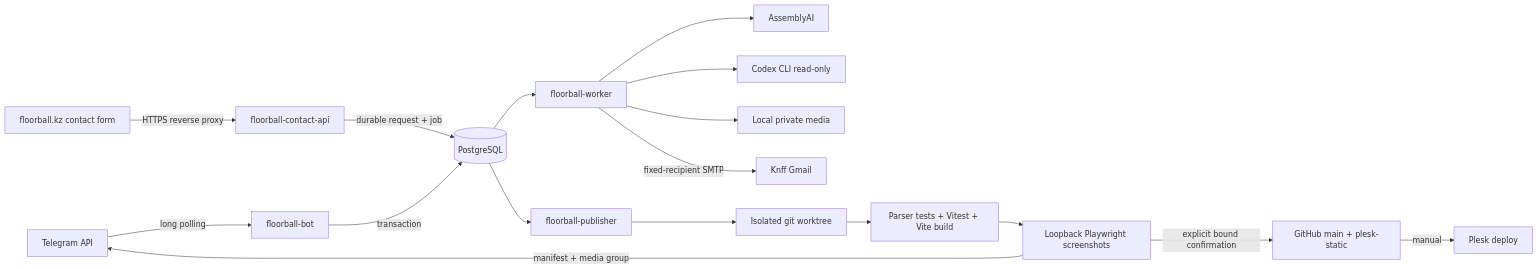
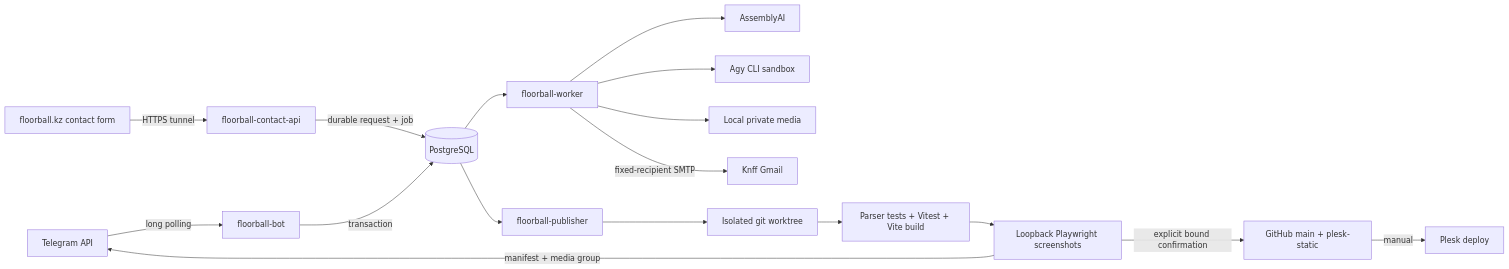
The diagram in docs/ARCHITECTURE.md (mrMoses2000/floorball-content-bot), drawn with Mermaid before and after one commit. The commit also changed other lines of this file and 20 other files, not shown here.

````diff
--- a/docs/ARCHITECTURE.md
+++ b/docs/ARCHITECTURE.md
@@ -13,19 +13,19 @@
 ```mermaid
 flowchart LR
   TG[Telegram API] -->|long polling| BOT[floorball-bot]
-  SITE[floorball.kz contact form] -->|HTTPS reverse proxy| CONTACT[floorball-contact-api]
+  SITE[floorball.kz contact form] -->|HTTPS tunnel| CONTACT[floorball-contact-api]
   CONTACT -->|durable request + job| PG
   BOT -->|transaction| PG[(PostgreSQL)]
   PG --> WORKER[floorball-worker]
   WORKER --> AAI[AssemblyAI]
-  WORKER --> CODEX[Codex CLI read-only]
+  WORKER --> AGY[Agy CLI sandbox]
   WORKER --> MEDIA[Local private media]
   WORKER -->|fixed-recipient SMTP| MAIL[Knff Gmail]
   PG --> PUB[floorball-publisher]
   PUB --> WT[Isolated git worktree]
   WT --> TESTS[Parser tests + Vitest + Vite build]
   TESTS --> SHOTS[Loopback Playwright screenshots]
   SHOTS -->|manifest + media group| TG
   SHOTS -->|explicit bound confirmation| GH[GitHub main + plesk-static]
   GH -->|manual| PLESK[Plesk deploy]
 ```
````
